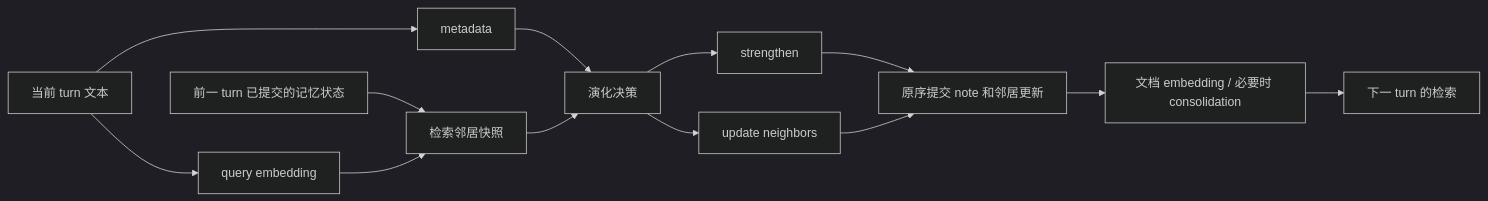
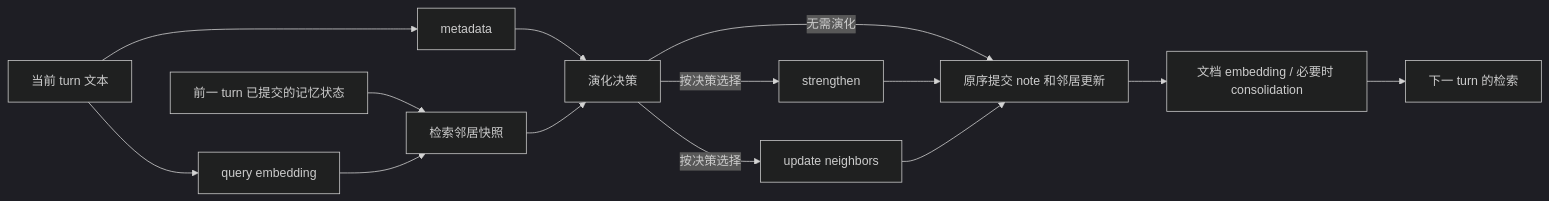
One commit to Ivan14441111/A-Mem-Fast changed the diagram in docs/deep_analysis.md. Above: the diagram before and after it, drawn with Mermaid (dark theme). The commit also changed other lines of this file and 139 other files, not shown here.

````diff
--- a/docs/deep_analysis.md
+++ b/docs/deep_analysis.md
@@ -28,15 +41,16 @@
 ```mermaid
 flowchart LR
     C[当前 turn 文本] --> M[metadata]
     C --> Q[query embedding]
     P[前一 turn 已提交的记忆状态] --> R[检索邻居快照]
     Q --> R
     M --> D[演化决策]
     R --> D
-    D --> S[strengthen]
-    D --> U[update neighbors]
-    S --> W[原序提交 note 和邻居更新]
+    D -->|按决策选择| S[strengthen]
+    D -->|按决策选择| U[update neighbors]
+    D -->|无需演化| W[原序提交 note 和邻居更新]
+    S --> W
     U --> W
     W --> E[文档 embedding / 必要时 consolidation]
     E --> N[下一 turn 的检索]
 ```
````
